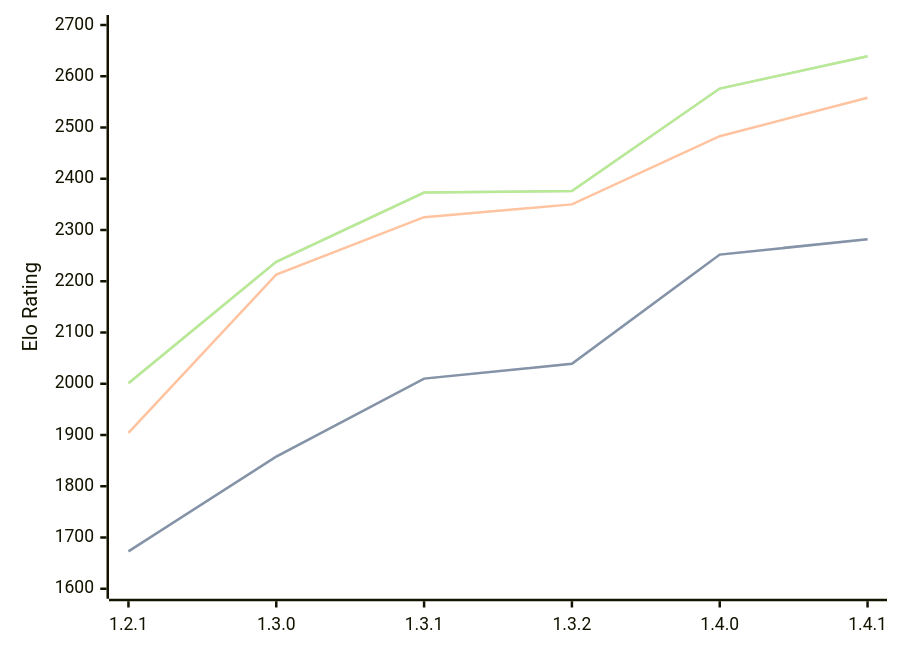
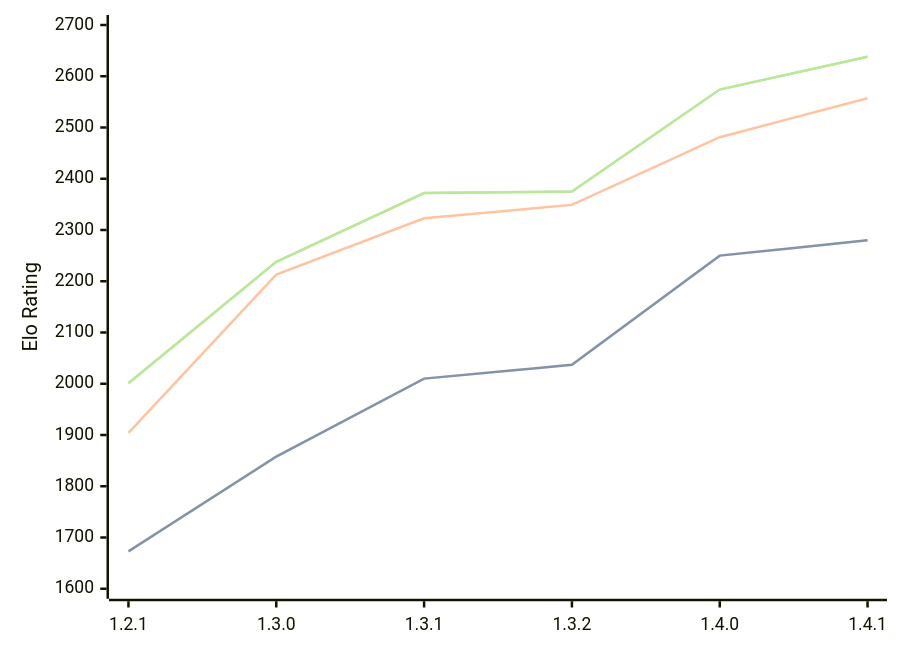
One commit to computer-chess-index/cci changed the diagram in engines/Chal.md. Above: the diagram before and after it, drawn with Mermaid. The commit also changed other lines of this file, not shown here.

Commit message:
Update CCI Ratings (ELO VLTC) - 2026-08-11

````diff
--- a/engines/Chal.md
+++ b/engines/Chal.md
@@ -36,11 +36,11 @@
 ```mermaid
 %%{init: {"theme":"base","themeVariables":{"seriesColors:['#a3a3a3','#222221','#faa371']}}}%%
 xychart-beta
   x-axis ["1.2.1", "1.3.0", "1.3.1", "1.3.2", "1.4.0", "1.4.1"]
   y-axis "Elo Rating" 1600 --> 2700
-  line "STC (8.0+0.08s)" [1673, 1858, 2010, 2039, 2252, 2282]
-  line "STC (8.0+0.08s)" [1673, 1858, 2010, 2039, 2252, 2282]
-  line "LTC (60.0+0.60s)" [1904, 2213, 2325, 2350, 2483, 2558]
-  line "VLTC (2m24s+1.12s)" [2001, 2238, 2373, 2376, 2576, 2639]
-  line "VLTC (2m24s+1.12s)" [2001, 2238, 2373, 2376, 2576, 2639]
+  line "STC (8.0+0.08s)" [1673, 1858, 2010, 2037, 2250, 2280]
+  line "STC (8.0+0.08s)" [1673, 1858, 2010, 2037, 2250, 2280]
+  line "LTC (60.0+0.60s)" [1904, 2213, 2323, 2349, 2481, 2557]
+  line "VLTC (2m24s+1.12s)" [2001, 2238, 2372, 2375, 2574, 2638]
+  line "VLTC (2m24s+1.12s)" [2001, 2238, 2372, 2375, 2574, 2638]
 ```
````
